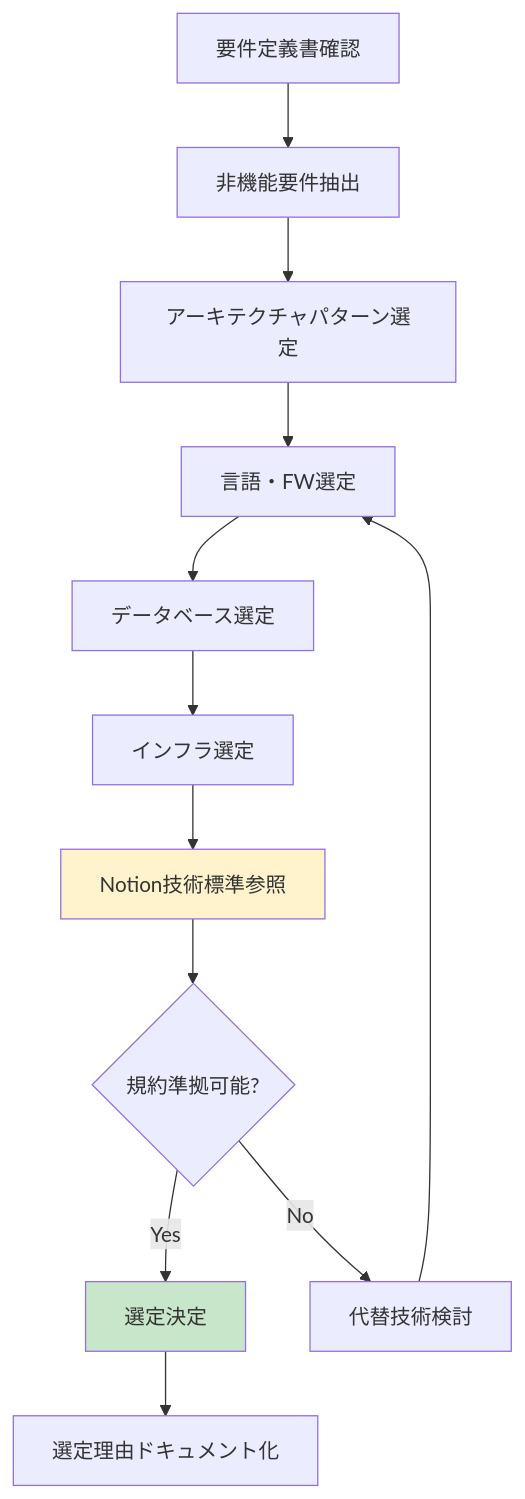
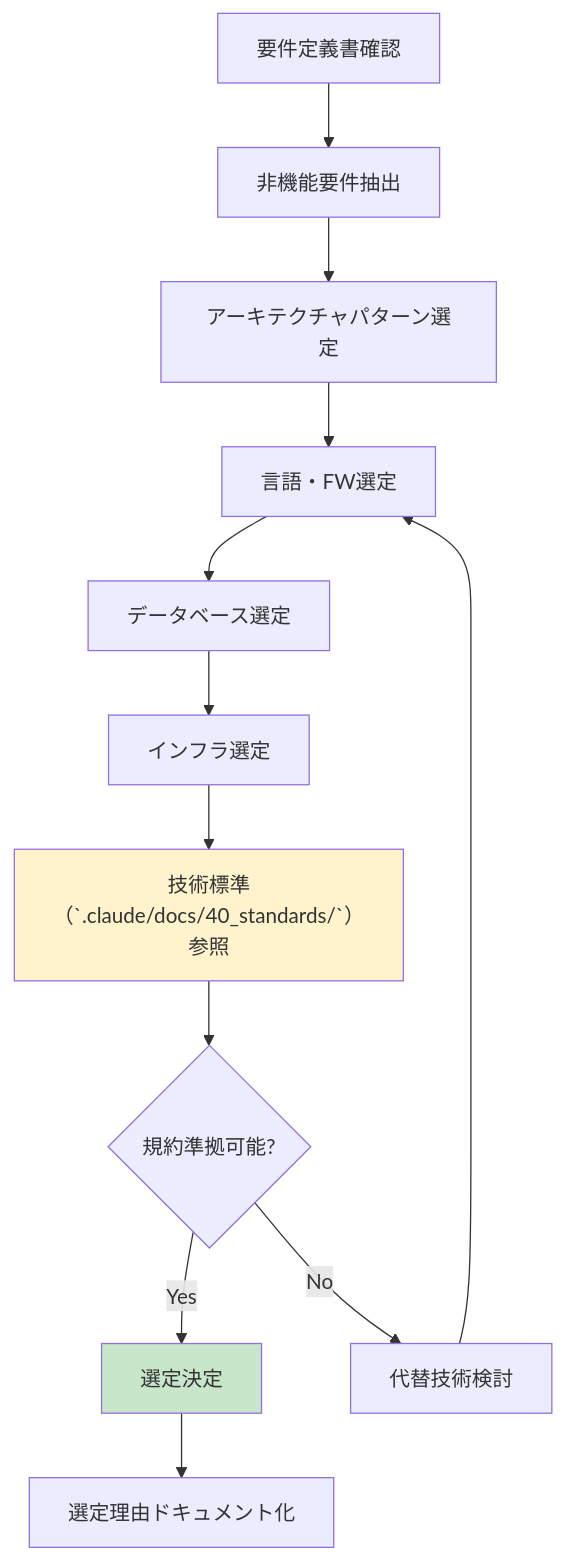
One commit to k-tanaka-522/aidev changed the first of 5 diagrams in .claude/docs/10_facilitation/2.3_設計フェーズ/2.3.2_アーキテクチャ選定プロセス.md. Above: the diagram before and after it, drawn with Mermaid. The commit also changed other lines of this file and 39 other files, not shown here.

First line of the commit message:
Fix Phase 2.0: Replace Notion references with .claude/docs/40_standards/

````diff
--- a/.claude/docs/10_facilitation/2.3_設計フェーズ/2.3.2_アーキテクチャ選定プロセス.md
+++ b/.claude/docs/10_facilitation/2.3_設計フェーズ/2.3.2_アーキテクチャ選定プロセス.md
@@ -11,17 +11,17 @@
 ```mermaid
 flowchart TB
     A[要件定義書確認] --> B[非機能要件抽出]
     B --> C[アーキテクチャパターン選定]
     C --> D[言語・FW選定]
     D --> E[データベース選定]
     E --> F[インフラ選定]
-    F --> G[Notion技術標準参照]
+    F --> G[技術標準（`.claude/docs/40_standards/`）参照]
     G --> H{規約準拠可能?}
     H -->|Yes| I[選定決定]
     H -->|No| J[代替技術検討]
     J --> D
     I --> K[選定理由ドキュメント化]
 
     style G fill:#fff3cd
     style I fill:#c8e6c9
 ```
````
